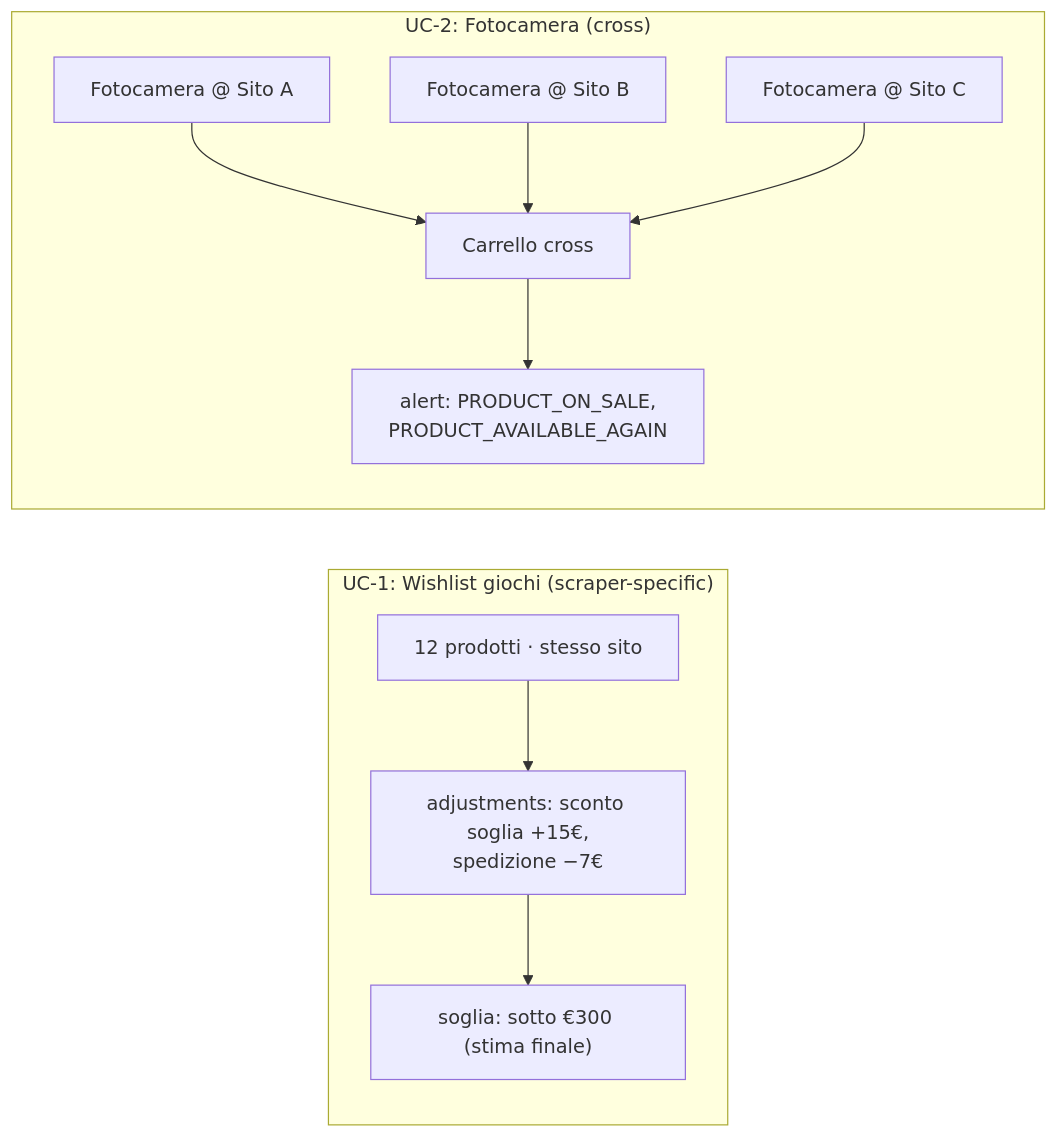
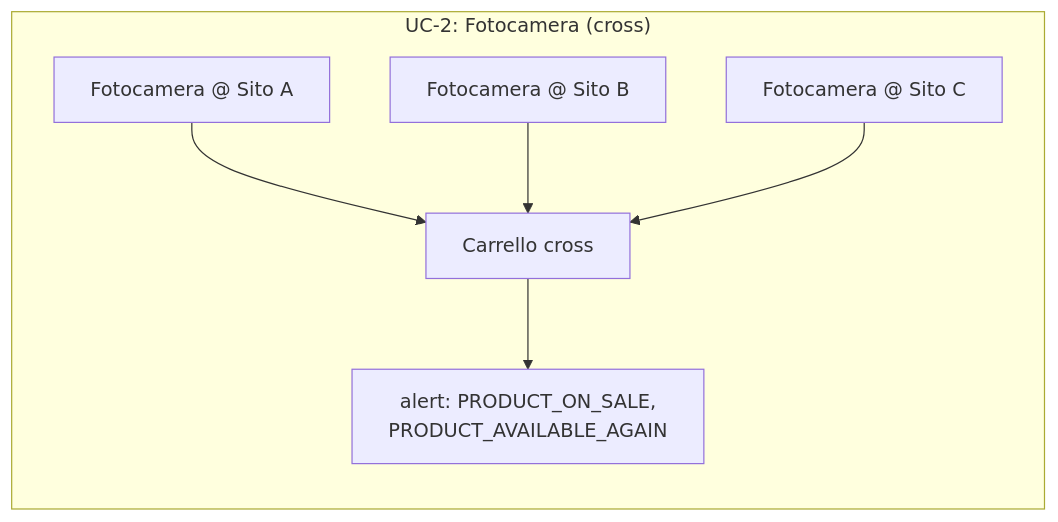
One commit to caporalesimone/watch-em-all changed the diagram in docs-ita/3-features/user/carts.md. Above: the diagram before and after it, drawn with Mermaid. The commit also changed other lines of this file and 20 other files, not shown here.

````diff
--- a/docs-ita/3-features/user/carts.md
+++ b/docs-ita/3-features/user/carts.md
@@ -52,13 +18,9 @@
 ```mermaid
 graph LR
-    subgraph "UC-1: Wishlist giochi (scraper-specific)"
-        W[12 prodotti · stesso sito] --> WA["adjustments: sconto soglia +15€,<br/>spedizione −7€"]
-        WA --> WS["soglia: sotto €300 (stima finale)"]
-    end
     subgraph "UC-2: Fotocamera (cross)"
         C1["Fotocamera @ Sito A"] --> CC[Carrello cross]
         C2["Fotocamera @ Sito B"] --> CC
         C3["Fotocamera @ Sito C"] --> CC
         CC --> CT["alert: PRODUCT_ON_SALE,<br/>PRODUCT_AVAILABLE_AGAIN"]
     end
 ```
````
